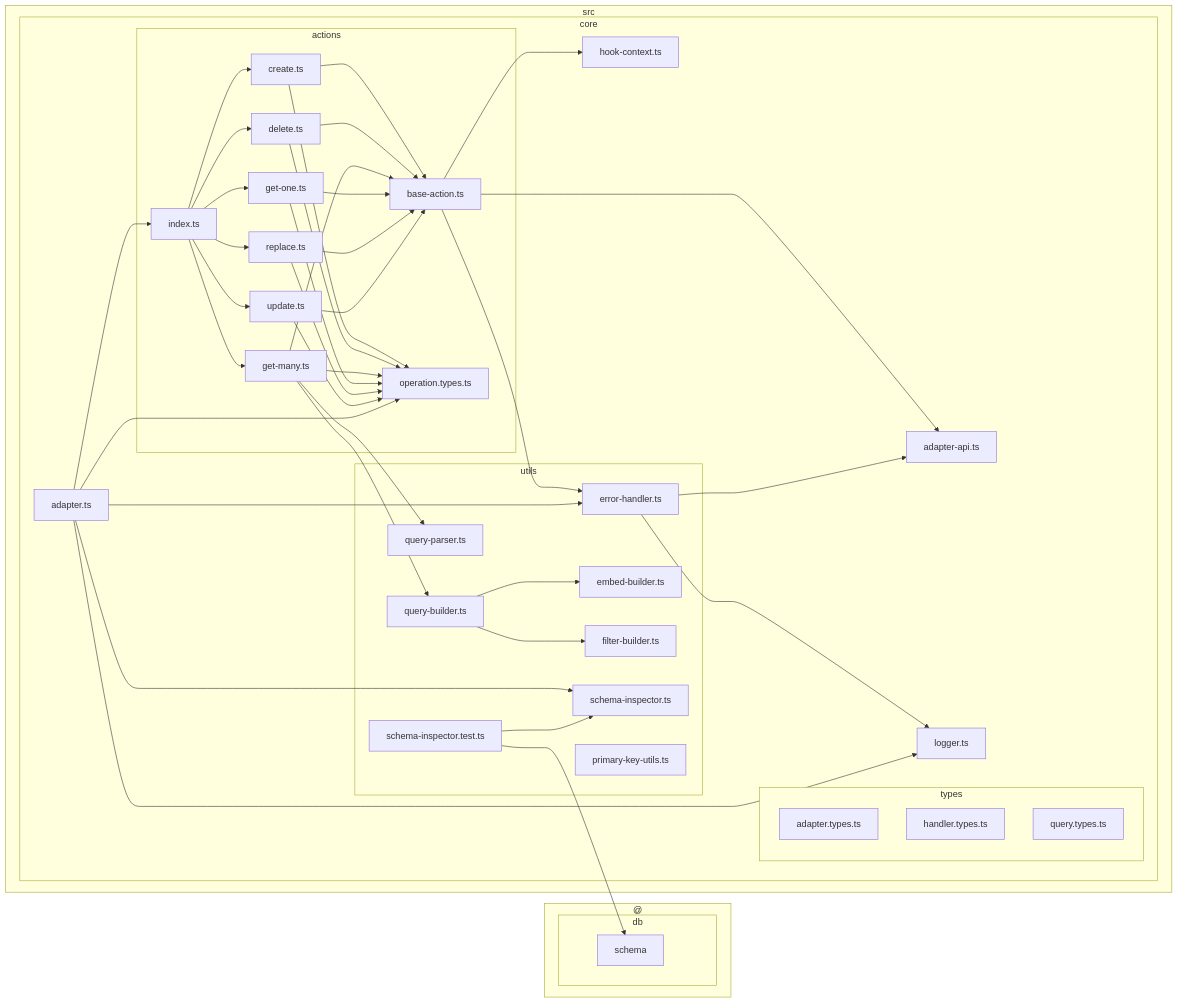
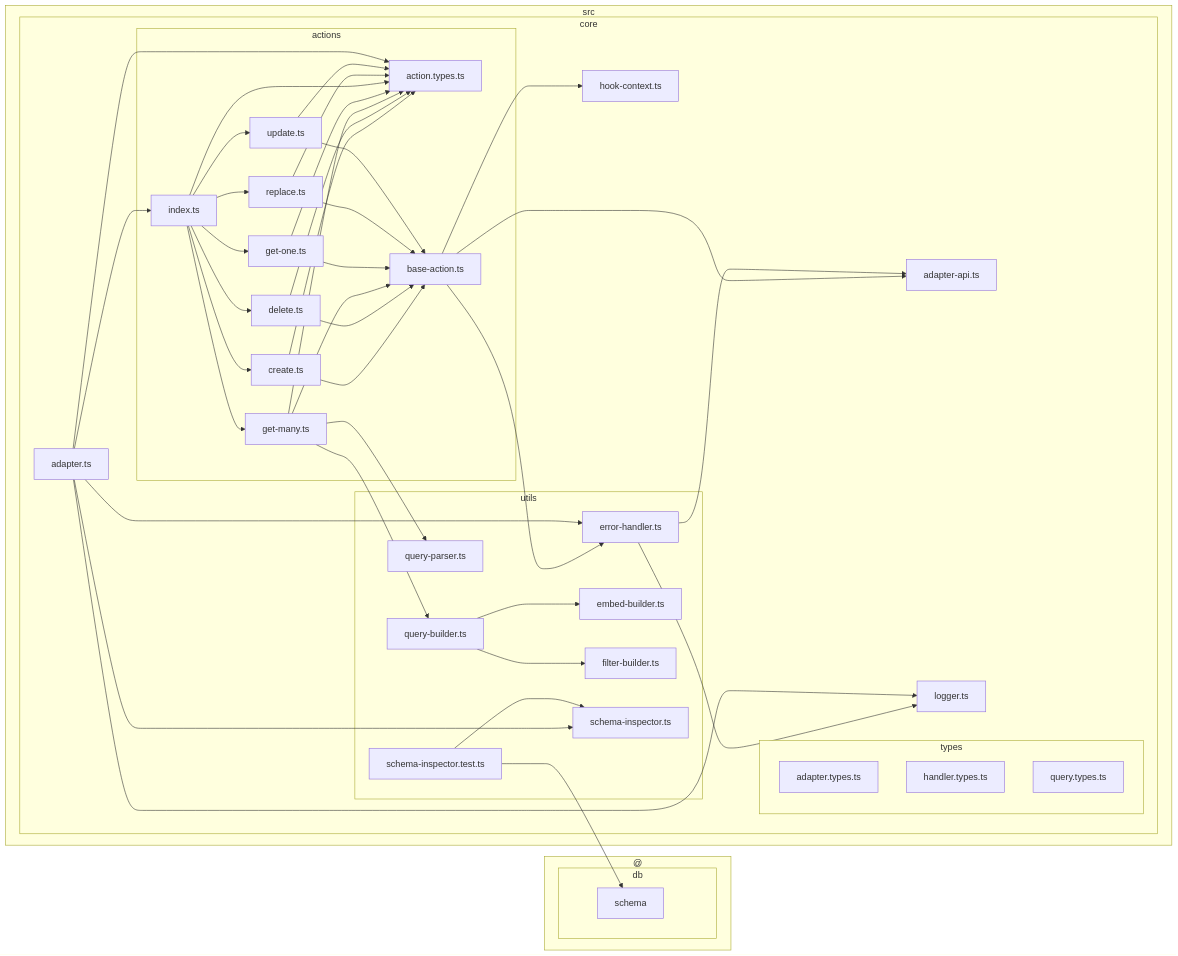
Before and after one commit to mgaebler/drizzle-rest: the diagram in dependencies.mmd, drawn with Mermaid. The commit also changed 12 other files, not shown here.

Commit message:
refactor: remove recordId and filters from HookContext and related functions for simplification

```diff
--- a/dependencies.mmd
+++ b/dependencies.mmd
@@ -1,75 +1,75 @@
 flowchart LR
 
 subgraph 0["src"]
 subgraph 1["core"]
 subgraph 2["actions"]
-3["base-action.ts"]
-9["create.ts"]
-A["operation.types.ts"]
+3["action.types.ts"]
+4["base-action.ts"]
+A["create.ts"]
 B["delete.ts"]
 C["get-many.ts"]
 H["get-one.ts"]
 I["index.ts"]
 J["replace.ts"]
 K["update.ts"]
 end
-4["adapter-api.ts"]
-5["hook-context.ts"]
-subgraph 6["utils"]
-7["error-handler.ts"]
+5["adapter-api.ts"]
+6["hook-context.ts"]
+subgraph 7["utils"]
+8["error-handler.ts"]
 D["query-builder.ts"]
 E["embed-builder.ts"]
 F["filter-builder.ts"]
 G["query-parser.ts"]
 M["schema-inspector.ts"]
-R["primary-key-utils.ts"]
-S["schema-inspector.test.ts"]
+R["schema-inspector.test.ts"]
 end
-8["logger.ts"]
+9["logger.ts"]
 L["adapter.ts"]
 subgraph N["types"]
 O["adapter.types.ts"]
 P["handler.types.ts"]
 Q["query.types.ts"]
 end
 end
 end
-subgraph T["@"]
-subgraph U["db"]
-V["schema"]
+subgraph S["@"]
+subgraph T["db"]
+U["schema"]
 end
 end
-3-->4
-3-->5
-3-->7
-7-->4
-7-->8
-9-->3
-9-->A
+4-->5
+4-->6
+4-->8
+8-->5
+8-->9
+A-->3
+A-->4
 B-->3
-B-->A
+B-->4
 C-->D
 C-->G
 C-->3
-C-->A
+C-->4
 D-->E
 D-->F
 H-->3
-H-->A
-I-->9
+H-->4
+I-->3
+I-->A
 I-->B
 I-->C
 I-->H
 I-->J
 I-->K
 J-->3
-J-->A
+J-->4
 K-->3
-K-->A
+K-->4
 L-->I
-L-->A
+L-->3
+L-->9
 L-->8
-L-->7
 L-->M
-S-->M
-S-->V
+R-->M
+R-->U
```
